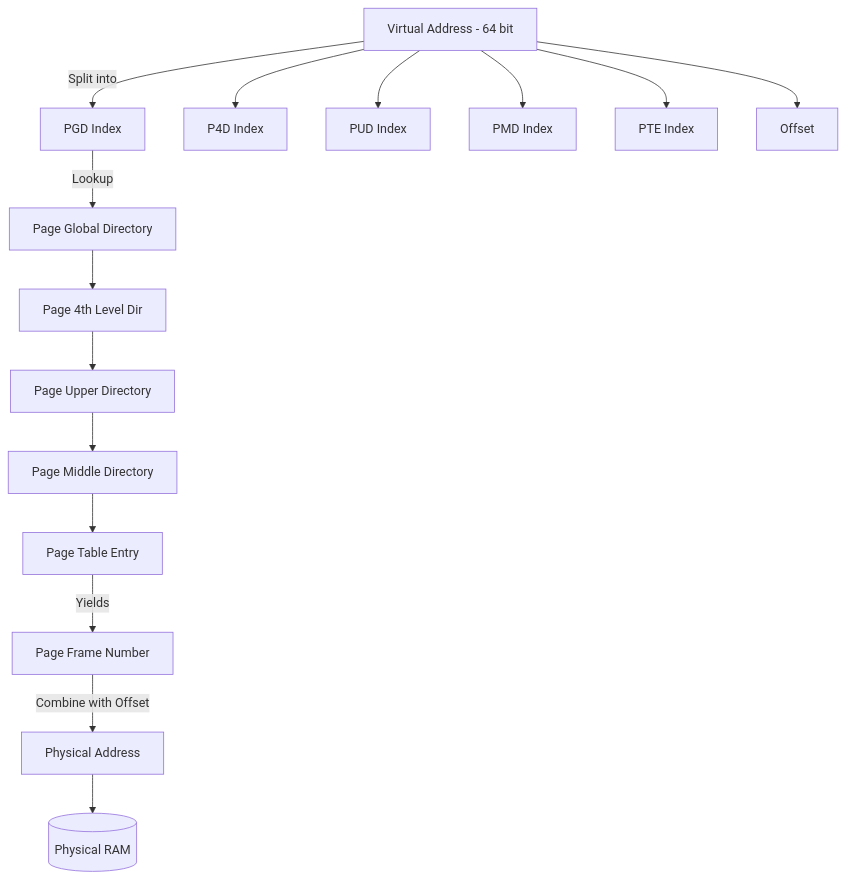
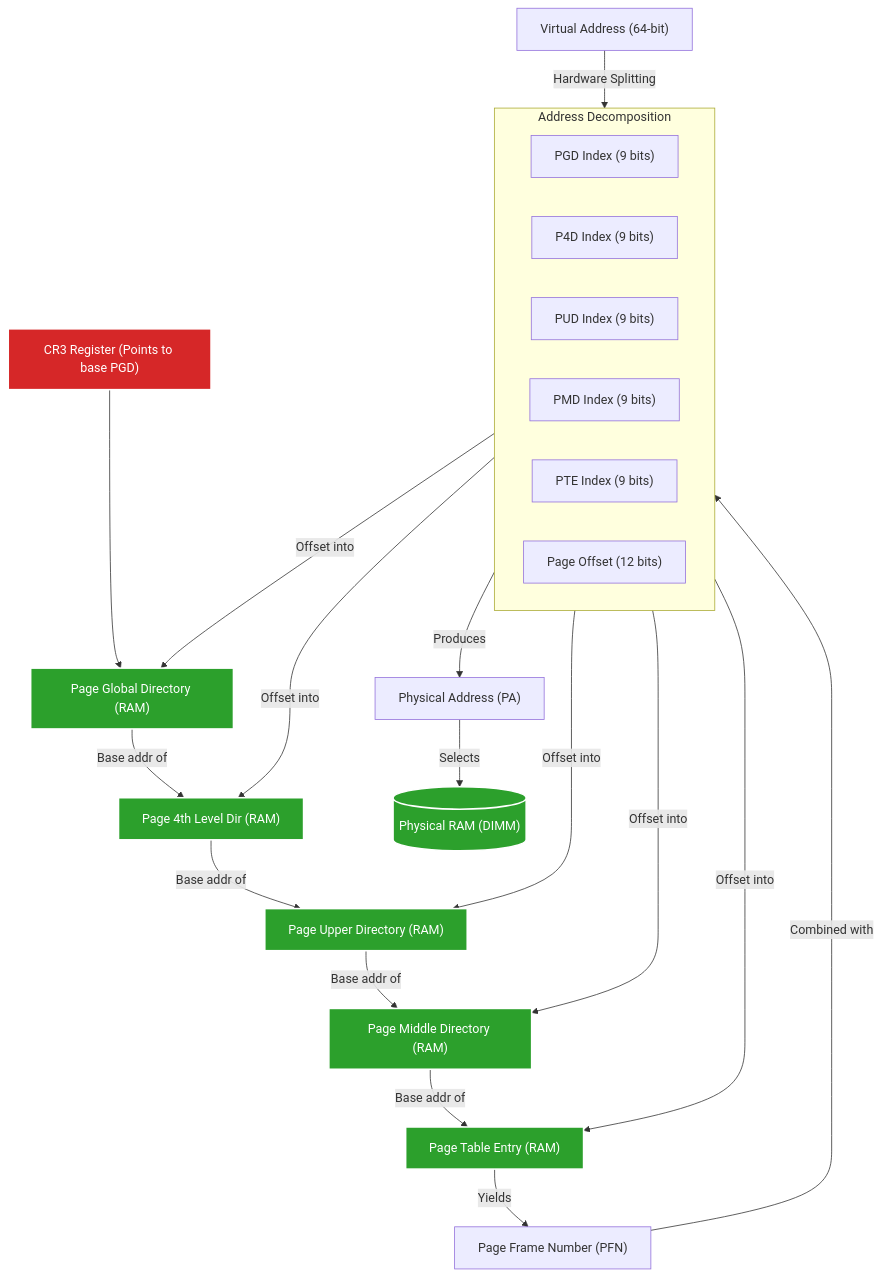
One commit to jithinpnjm/nvidia-devops changed the third of 3 diagrams in docs/volume-01/01-linux-compute-memory-masterclass.md. Above: the diagram before and after it, drawn with Mermaid. The commit also changed other lines of this file and 110 other files, not shown here.

Commit message:
docs(volume-1-10): complete second-pass refinement of formatting, visual diagrams, and code snippets

````diff
--- a/docs/volume-01/01-linux-compute-memory-masterclass.md
+++ b/docs/volume-01/01-linux-compute-memory-masterclass.md
@@ -165,19 +191,35 @@
 ```mermaid
-graph TD
-    VA[Virtual Address - 64 bit] --> |Split into| PGD_IDX[PGD Index]
-    VA --> P4D_IDX[P4D Index]
-    VA --> PUD_IDX[PUD Index]
-    VA --> PMD_IDX[PMD Index]
-    VA --> PTE_IDX[PTE Index]
-    VA --> OFFSET[Offset]
-
-    PGD_IDX --> |Lookup| PGD[Page Global Directory]
-    PGD --> P4D[Page 4th Level Dir]
-    P4D --> PUD[Page Upper Directory]
-    PUD --> PMD[Page Middle Directory]
-    PMD --> PTE[Page Table Entry]
-    PTE --> |Yields| PFN[Page Frame Number]
+flowchart TD
+    VA["Virtual Address (64-bit)"] --> |"Hardware Splitting"| Splitting
+    subgraph Splitting["Address Decomposition"]
+        direction LR
+        PGD_IDX["PGD Index (9 bits)"]
+        P4D_IDX["P4D Index (9 bits)"]
+        PUD_IDX["PUD Index (9 bits)"]
+        PMD_IDX["PMD Index (9 bits)"]
+        PTE_IDX["PTE Index (9 bits)"]
+        OFFSET["Page Offset (12 bits)"]
+    end
     
-    PFN --> |Combine with Offset| PA[Physical Address]
-    PA --> RAM[(Physical RAM)]
+    CR3["CR3 Register (Points to base PGD)"] --> PGD
+    
+    PGD_IDX -- "Offset into" --> PGD["Page Global Directory (RAM)"]
+    PGD -- "Base addr of" --> P4D["Page 4th Level Dir (RAM)"]
+    P4D_IDX -- "Offset into" --> P4D
+    P4D -- "Base addr of" --> PUD["Page Upper Directory (RAM)"]
+    PUD_IDX -- "Offset into" --> PUD
+    PUD -- "Base addr of" --> PMD["Page Middle Directory (RAM)"]
+    PMD_IDX -- "Offset into" --> PMD
+    PMD -- "Base addr of" --> PTE["Page Table Entry (RAM)"]
+    PTE_IDX -- "Offset into" --> PTE
+    
+    PTE -- "Yields" --> PFN["Page Frame Number (PFN)"]
+    PFN -- "Combined with" --> OFFSET
+    OFFSET -- "Produces" --> PA["Physical Address (PA)"]
+    PA -- "Selects" --> RAM[("Physical RAM (DIMM)")]
+    
+    classDef register fill:#d62728,stroke:#fff,stroke-width:2px,color:#fff;
+    classDef ram fill:#2ca02c,stroke:#fff,stroke-width:2px,color:#fff;
+    class CR3 register;
+    class PGD,P4D,PUD,PMD,PTE,RAM ram;
 ```
````
